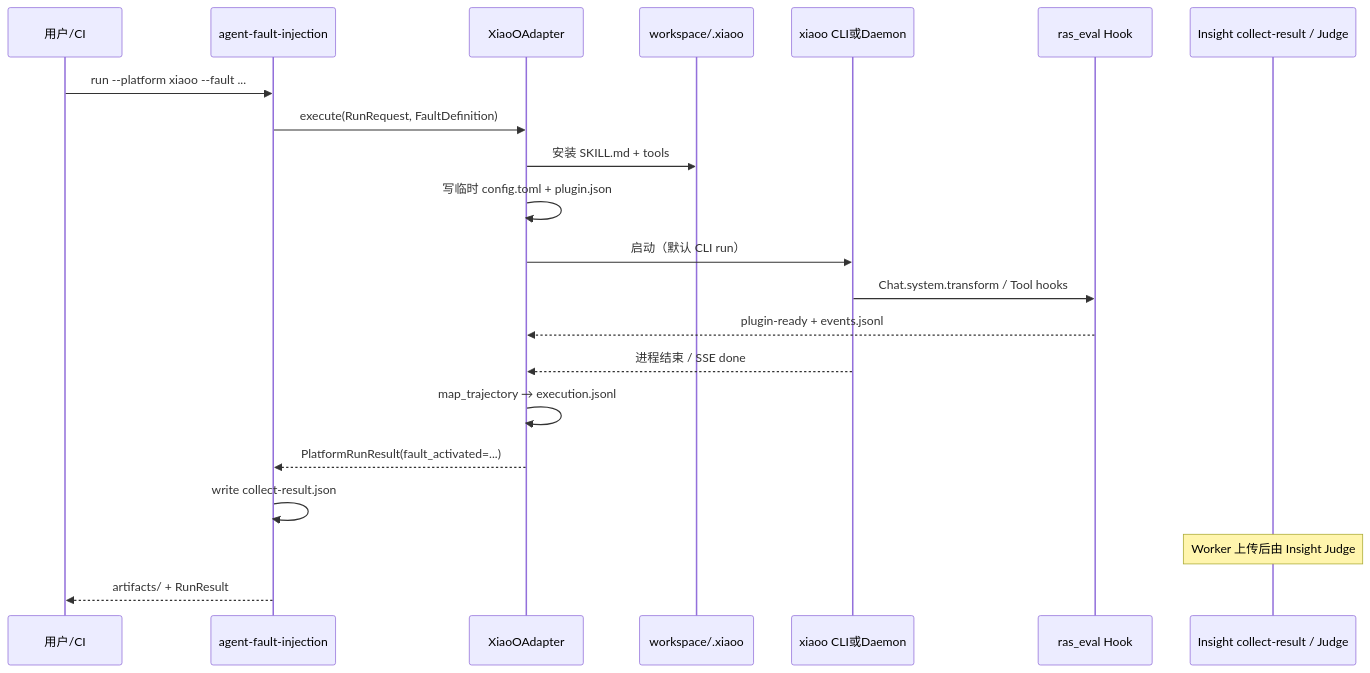
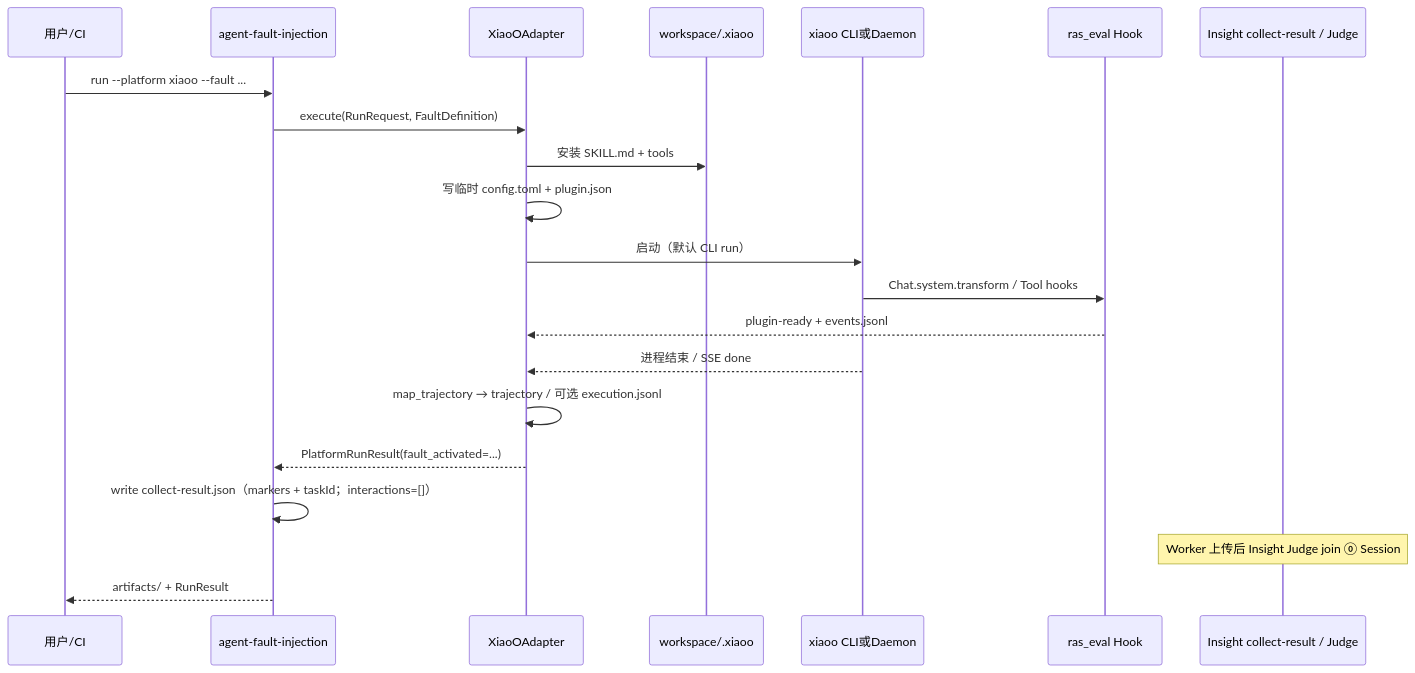
Before and after one commit to openeuler-mirror/agent-insight: the fourth of 4 diagrams in docs/agent-fault-injection/designs/xiaoo-platform-adaptation.md, drawn with Mermaid. The commit also changed other lines of this file and 33 other files, not shown here.

First line of the commit message:
refactor(fi): ③ collect 只更新 Run，Judge 等待 ⓪ Session

````diff
--- a/docs/agent-fault-injection/designs/xiaoo-platform-adaptation.md
+++ b/docs/agent-fault-injection/designs/xiaoo-platform-adaptation.md
@@ -231,24 +231,24 @@
 ```mermaid
 sequenceDiagram
   participant U as 用户/CI
   participant RAS as agent-fault-injection
   participant XA as XiaoOAdapter
   participant FS as workspace/.xiaoo
   participant XO as xiaoo CLI或Daemon
   participant HK as ras_eval Hook
   participant Insight as Insight collect-result / Judge
 
   U->>RAS: run --platform xiaoo --fault ...
   RAS->>XA: execute(RunRequest, FaultDefinition)
   XA->>FS: 安装 SKILL.md + tools
   XA->>XA: 写临时 config.toml + plugin.json
   XA->>XO: 启动（默认 CLI run）
   XO->>HK: Chat.system.transform / Tool hooks
   HK-->>XA: plugin-ready + events.jsonl
   XO-->>XA: 进程结束 / SSE done
-  XA->>XA: map_trajectory → execution.jsonl
+  XA->>XA: map_trajectory → trajectory / 可选 execution.jsonl
   XA-->>RAS: PlatformRunResult(fault_activated=...)
-  RAS->>RAS: write collect-result.json
-  Note over Insight: Worker 上传后由 Insight Judge
+  RAS->>RAS: write collect-result.json（markers + taskId；interactions=[]）
+  Note over Insight: Worker 上传后 Insight Judge join ⓪ Session
   RAS-->>U: artifacts/ + RunResult
 ```
````
